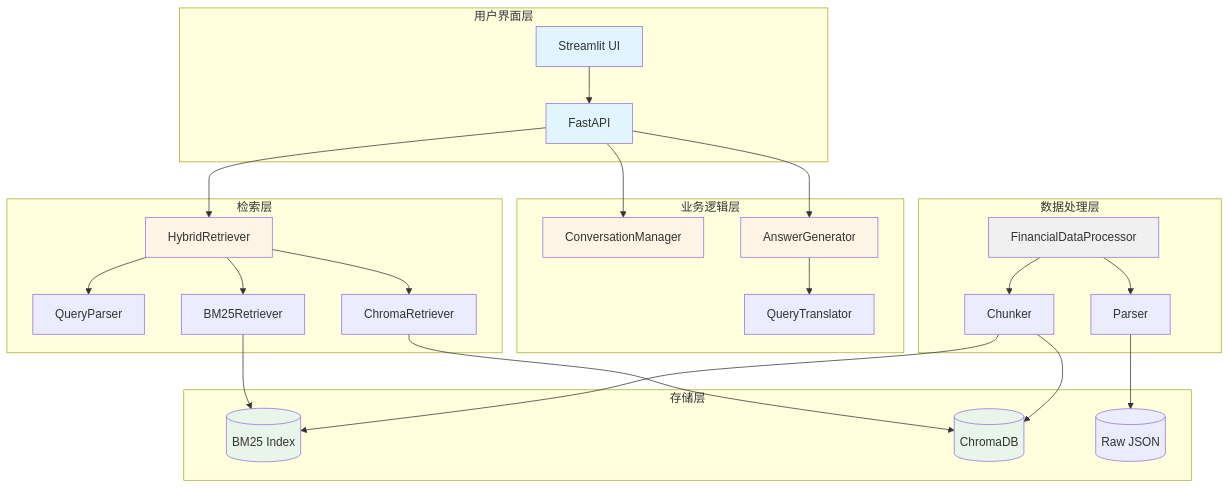
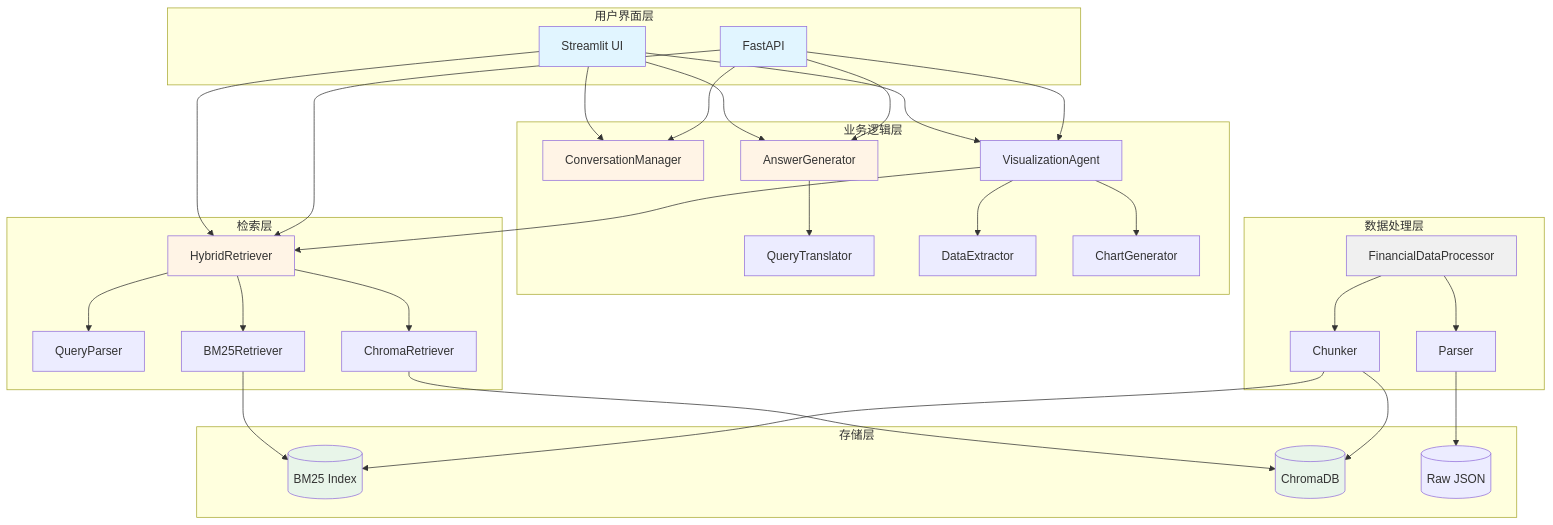
Before and after one commit to mystery-pai/FinAgent: the first of 5 diagrams in ARCHITECTURE.md, drawn with Mermaid. The commit also changed other lines of this file and 15 other files, not shown here.

Commit message:
feat: add visualization flow to UI and CLI

````diff
--- a/ARCHITECTURE.md
+++ b/ARCHITECTURE.md
@@ -57,61 +67,71 @@
 ```mermaid
 graph TB
     subgraph "用户界面层"
         UI[Streamlit UI]
         API[FastAPI]
     end
 
     subgraph "业务逻辑层"
         CM[ConversationManager]
         AG[AnswerGenerator]
         QT[QueryTranslator]
+        VA[VisualizationAgent]
+        DE[DataExtractor]
+        CG[ChartGenerator]
     end
 
     subgraph "检索层"
         HR[HybridRetriever]
         QP[QueryParser]
         BR[BM25Retriever]
         CR[ChromaRetriever]
     end
 
     subgraph "数据处理层"
         FDP[FinancialDataProcessor]
         Chunker[Chunker]
         Parser[Parser]
     end
 
     subgraph "存储层"
         BM25[(BM25 Index)]
         Chroma[(ChromaDB)]
         Raw[(Raw JSON)]
     end
 
-    UI --> API
+    UI --> CM
+    UI --> AG
+    UI --> HR
+    UI --> VA
     API --> CM
     API --> AG
     API --> HR
+    API --> VA
 
     HR --> QP
     HR --> BR
     HR --> CR
 
     AG --> QT
+    VA --> DE
+    VA --> CG
+    VA --> HR
 
     BR --> BM25
     CR --> Chroma
 
     FDP --> Chunker
     FDP --> Parser
     Parser --> Raw
     Chunker --> BM25
     Chunker --> Chroma
 
     style UI fill:#e1f5ff
     style API fill:#e1f5ff
     style HR fill:#fff4e6
     style AG fill:#fff4e6
     style CM fill:#fff4e6
     style FDP fill:#f0f0f0
     style BM25 fill:#e8f5e9
     style Chroma fill:#e8f5e9
 ```
````
